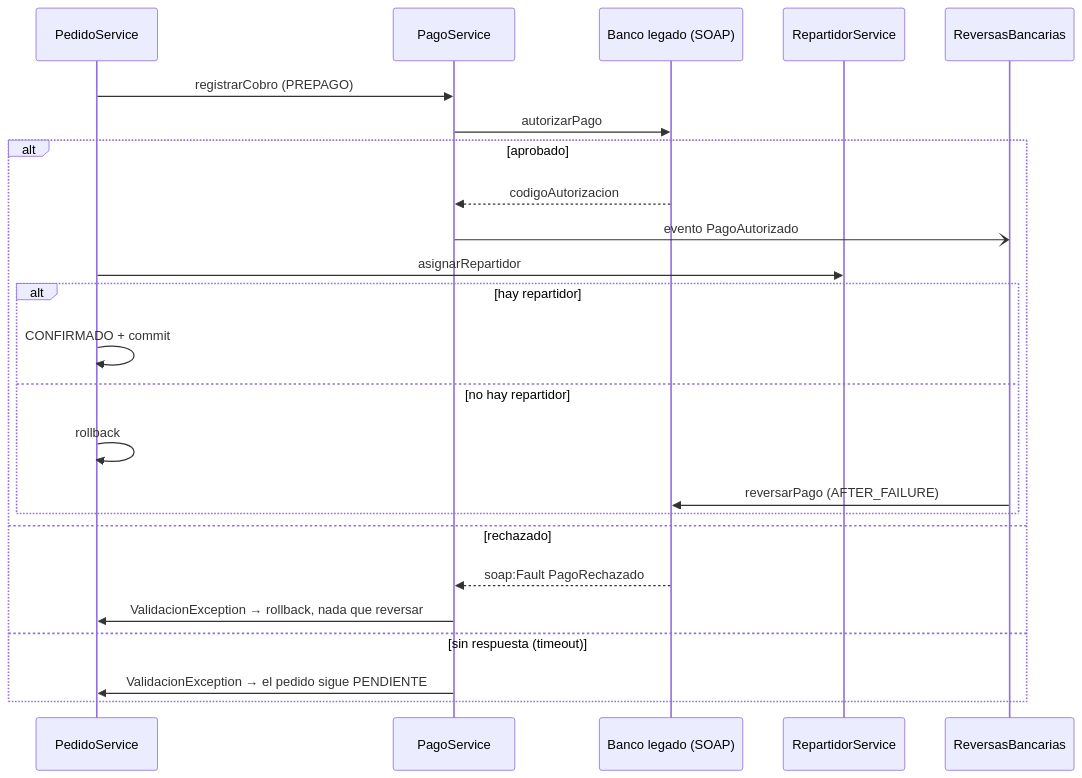
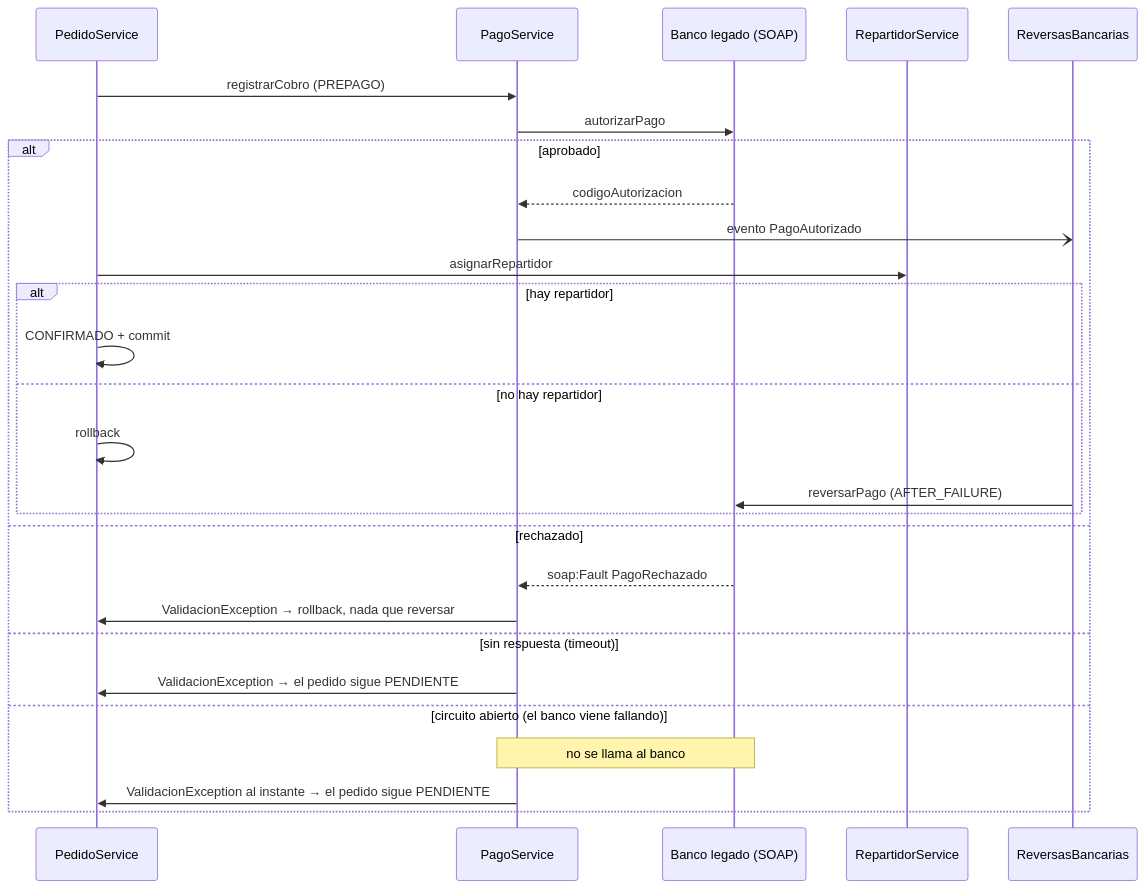
One commit to feliforte14/Rabbit changed the first of 3 diagrams in docs/MENSAJERIA-SINCRONICA.md. Above: the diagram before and after it, drawn with Mermaid. The commit also changed other lines of this file and 6 other files, not shown here.

````diff
--- a/docs/MENSAJERIA-SINCRONICA.md
+++ b/docs/MENSAJERIA-SINCRONICA.md
@@ -37,26 +38,29 @@
 ```mermaid
 sequenceDiagram
     participant PS as PedidoService
     participant Pag as PagoService
     participant B as Banco legado (SOAP)
     participant Rep as RepartidorService
     participant Rev as ReversasBancarias
     PS->>Pag: registrarCobro (PREPAGO)
     Pag->>B: autorizarPago
     alt aprobado
         B-->>Pag: codigoAutorizacion
         Pag-)Rev: evento PagoAutorizado
         PS->>Rep: asignarRepartidor
         alt hay repartidor
             PS->>PS: CONFIRMADO + commit
         else no hay repartidor
             PS->>PS: rollback
             Rev->>B: reversarPago (AFTER_FAILURE)
         end
     else rechazado
         B-->>Pag: soap:Fault PagoRechazado
         Pag->>PS: ValidacionException → rollback, nada que reversar
     else sin respuesta (timeout)
         Pag->>PS: ValidacionException → el pedido sigue PENDIENTE
+    else circuito abierto (el banco viene fallando)
+        Note over Pag,B: no se llama al banco
+        Pag->>PS: ValidacionException al instante → el pedido sigue PENDIENTE
     end
 ```
````
